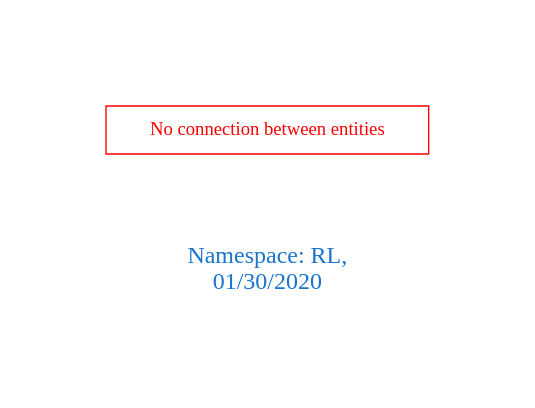
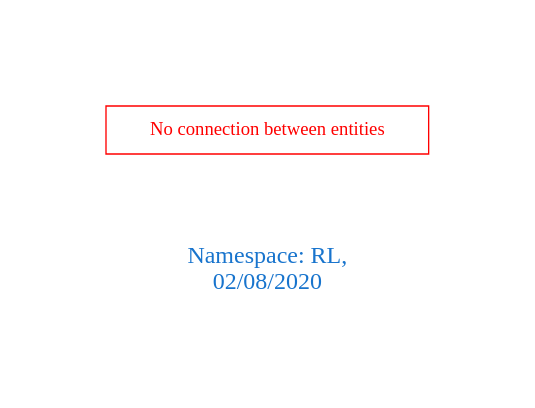
The diagram in downloads/RL.dot (arago/OGIT), drawn with Graphviz before and after one commit. The commit also changed 1725 other files, not shown here.

```diff
--- a/downloads/RL.dot
+++ b/downloads/RL.dot
@@ -1,9 +1,9 @@
 digraph OGIT_ontology {
  graph [ rankdir= LR,pad=1 
 fontsize = 18,
-fontcolor= dodgerblue3,label = "\n\n\nNamespace: RL, \n 01/30/2020"];
+fontcolor= dodgerblue3,label = "\n\n\nNamespace: RL, \n 02/08/2020"];
 node[shape=polygon];
 edge [  color="gray81"];
 
 "No connection between entities" [fontcolor = "red",color="red", shape="polygon"]
 }
```
